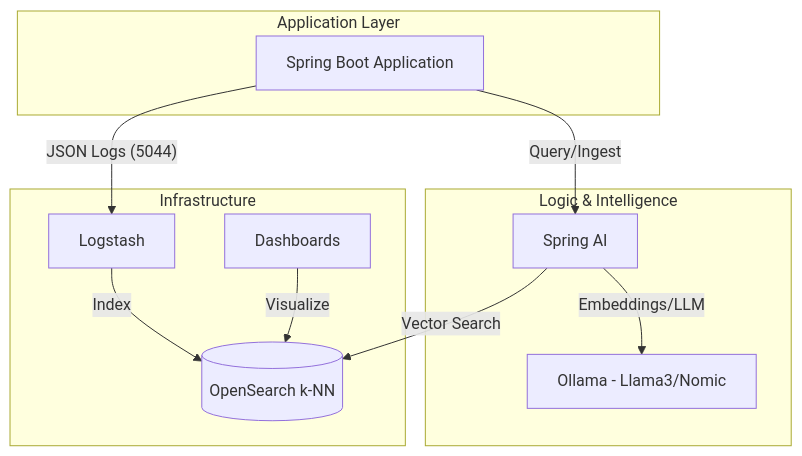
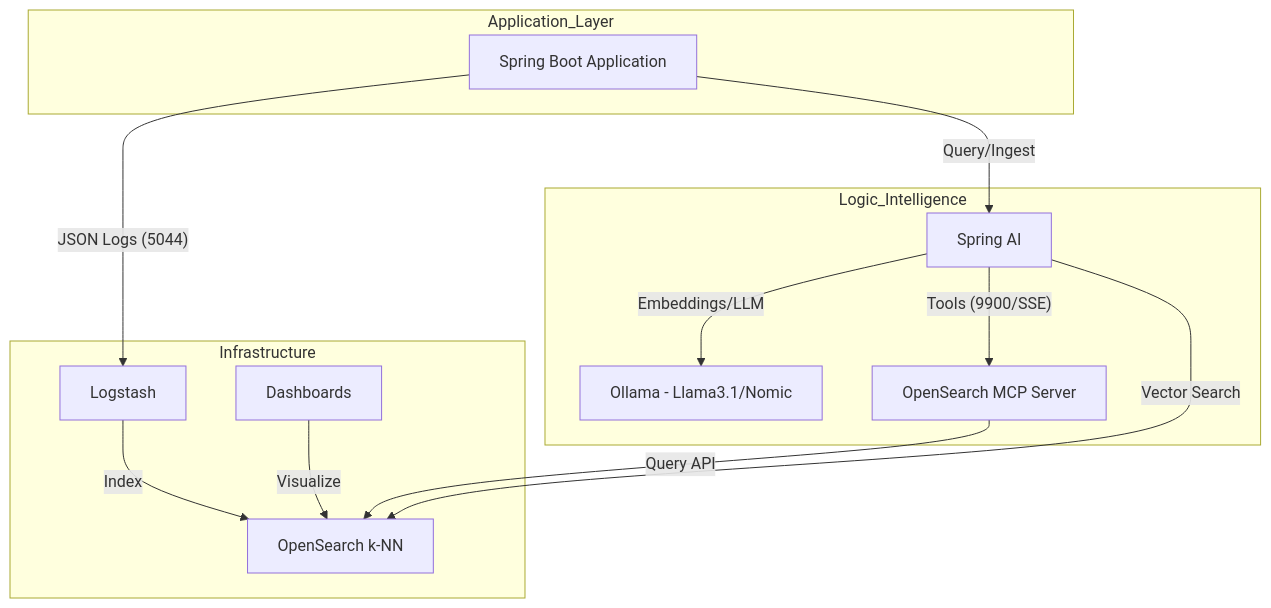
Before and after one commit to huantran2605/spring-opensearch-logging-demo: the diagram in README.md, drawn with Mermaid. The commit also changed other lines of this file and 12 other files, not shown here.

First line of the commit message:
feat: containerize spring-boot-app and integrate opensearch mcp server

````diff
--- a/README.md
+++ b/README.md
@@ -19,24 +21,27 @@
 ```mermaid
-graph TD
-    subgraph "Application Layer"
-        SB[Spring Boot Application]
+flowchart TD
+    subgraph Application_Layer
+        SB["Spring Boot Application"]
     end
 
-    subgraph "Logic & Intelligence"
-        SAI[Spring AI]
-        OLL[Ollama - Llama3/Nomic]
+    subgraph Logic_Intelligence
+        SAI["Spring AI"]
+        OLL["Ollama - Llama3.1/Nomic"]
+        MCP["OpenSearch MCP Server"]
     end
 
-    subgraph "Infrastructure"
-        LS[Logstash]
-        OS[(OpenSearch k-NN)]
-        DB[Dashboards]
+    subgraph Infrastructure
+        LS["Logstash"]
+        OS["OpenSearch k-NN"]
+        DB["Dashboards"]
     end
 
     SB -- "JSON Logs (5044)" --> LS
     LS -- "Index" --> OS
     SB -- "Query/Ingest" --> SAI
     SAI -- "Embeddings/LLM" --> OLL
+    SAI -- "Tools (9900/SSE)" --> MCP
+    MCP -- "Query API" --> OS
     SAI -- "Vector Search" --> OS
     DB -- "Visualize" --> OS
 ```
````
